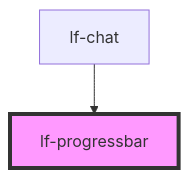
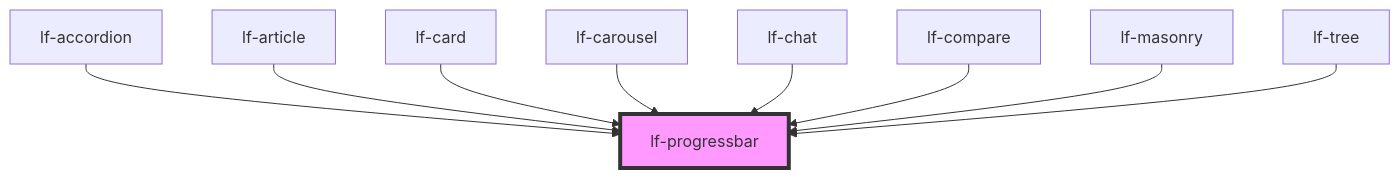
Before and after one commit to lucafoscili/lf-widgets: the diagram in packages/core/src/components/lf-progressbar/readme.md, drawn with Mermaid. The commit also changed other lines of this file and 9 other files, not shown here.

````diff
--- a/packages/core/src/components/lf-progressbar/readme.md
+++ b/packages/core/src/components/lf-progressbar/readme.md
@@ -110,5 +117,12 @@
 ```mermaid
 graph TD;
+  lf-accordion --> lf-progressbar
+  lf-article --> lf-progressbar
+  lf-card --> lf-progressbar
+  lf-carousel --> lf-progressbar
   lf-chat --> lf-progressbar
+  lf-compare --> lf-progressbar
+  lf-masonry --> lf-progressbar
+  lf-tree --> lf-progressbar
   style lf-progressbar fill:#f9f,stroke:#333,stroke-width:4px
 ```
````
